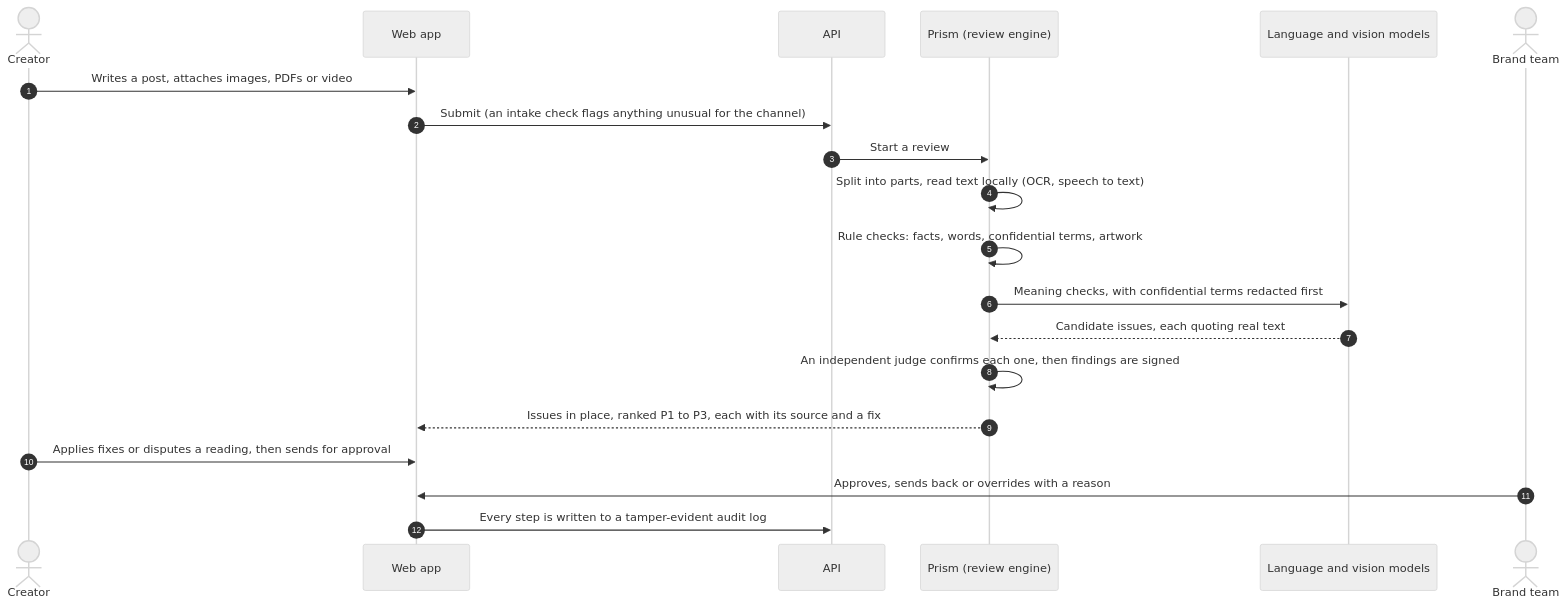
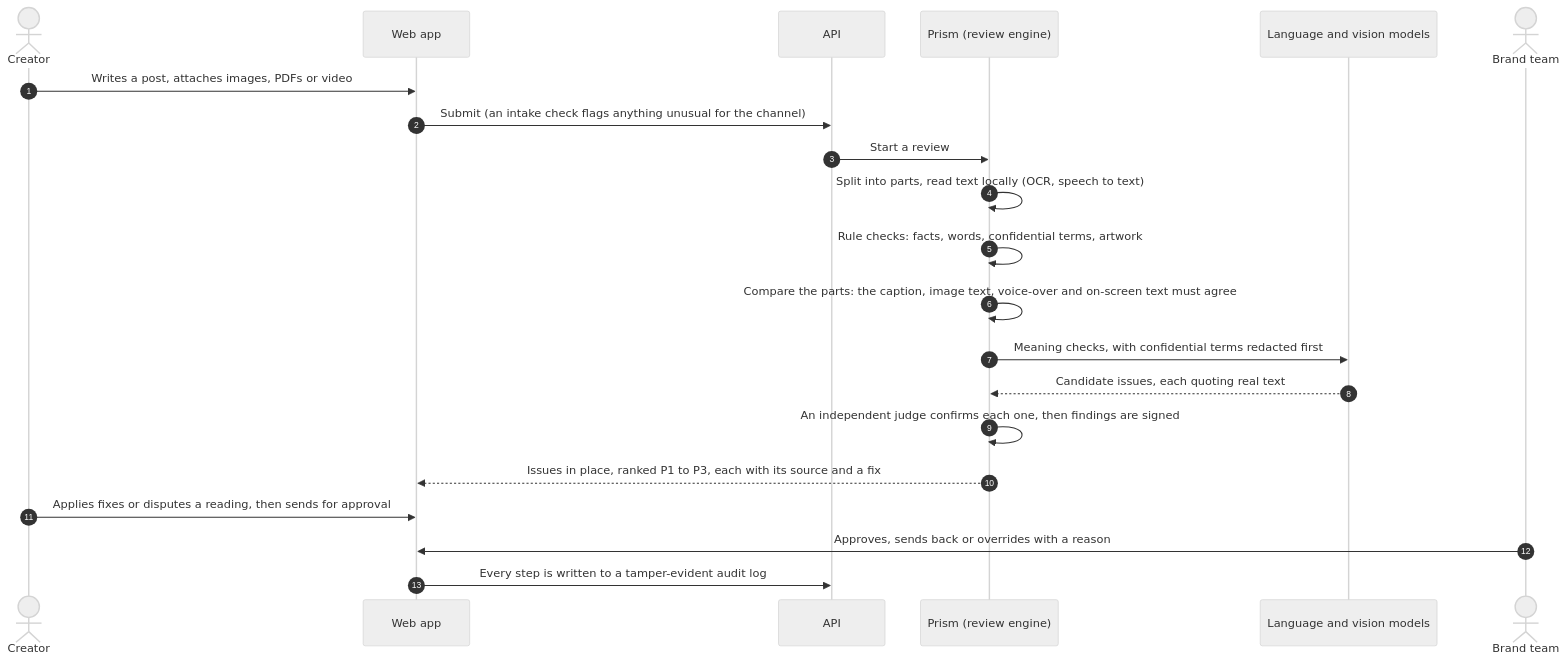
One commit to varadarajjborkar/verytas changed the first of 3 diagrams in README.md. Above: the diagram before and after it, drawn with Mermaid (neutral theme). The commit also changed other lines of this file and 1 other file, not shown here.

````diff
--- a/README.md
+++ b/README.md
@@ -51,23 +51,24 @@
 ```mermaid
 sequenceDiagram
     autonumber
     actor C as Creator
     participant W as Web app
     participant A as API
     participant P as Prism (review engine)
     participant M as Language and vision models
     actor B as Brand team
 
     C->>W: Writes a post, attaches images, PDFs or video
     W->>A: Submit (an intake check flags anything unusual for the channel)
     A->>P: Start a review
     P->>P: Split into parts, read text locally (OCR, speech to text)
     P->>P: Rule checks: facts, words, confidential terms, artwork
+    P->>P: Compare the parts: the caption, image text, voice-over and on-screen text must agree
     P->>M: Meaning checks, with confidential terms redacted first
     M-->>P: Candidate issues, each quoting real text
     P->>P: An independent judge confirms each one, then findings are signed
     P-->>W: Issues in place, ranked P1 to P3, each with its source and a fix
     C->>W: Applies fixes or disputes a reading, then sends for approval
     B->>W: Approves, sends back or overrides with a reason
     W->>A: Every step is written to a tamper-evident audit log
 ```
````
